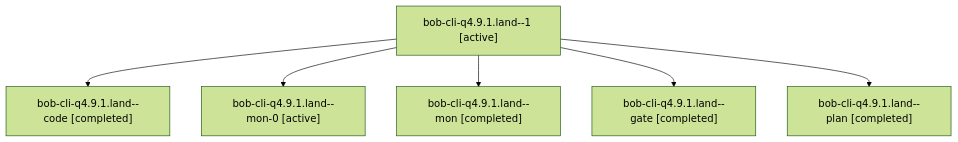
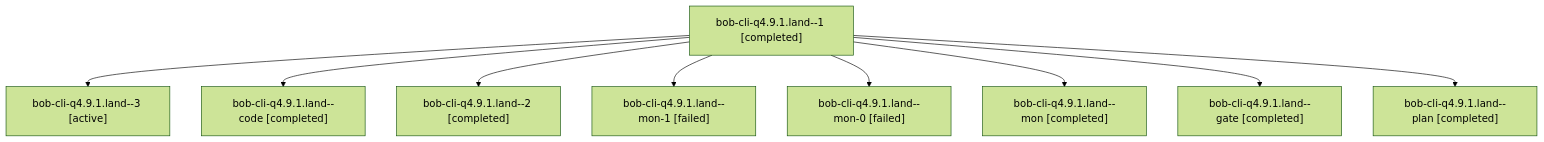
One commit to bobs-org/bob-cli--agents changed the diagram in sessions/bbugyi200.athena.bob-cli-q4.9.1.land.md. Above: the diagram before and after it, drawn with Mermaid (forest theme). The commit also changed other lines of this file and 144 other files, not shown here.

````diff
--- a/sessions/bbugyi200.athena.bob-cli-q4.9.1.land.md
+++ b/sessions/bbugyi200.athena.bob-cli-q4.9.1.land.md
@@ -9,14 +9,20 @@
 ```mermaid
 flowchart TD
-  n0["bob-cli-q4.9.1.land--1 [active]"]
-  n1["bob-cli-q4.9.1.land--code [completed]"]
+  n0["bob-cli-q4.9.1.land--1 [completed]"]
+  n1["bob-cli-q4.9.1.land--3 [active]"]
   n0 --> n1
-  n2["bob-cli-q4.9.1.land--mon-0 [active]"]
+  n2["bob-cli-q4.9.1.land--code [completed]"]
   n0 --> n2
-  n3["bob-cli-q4.9.1.land--mon [completed]"]
+  n3["bob-cli-q4.9.1.land--2 [completed]"]
   n0 --> n3
-  n4["bob-cli-q4.9.1.land--gate [completed]"]
+  n4["bob-cli-q4.9.1.land--mon-1 [failed]"]
   n0 --> n4
-  n5["bob-cli-q4.9.1.land--plan [completed]"]
+  n5["bob-cli-q4.9.1.land--mon-0 [failed]"]
   n0 --> n5
+  n6["bob-cli-q4.9.1.land--mon [completed]"]
+  n0 --> n6
+  n7["bob-cli-q4.9.1.land--gate [completed]"]
+  n0 --> n7
+  n8["bob-cli-q4.9.1.land--plan [completed]"]
+  n0 --> n8
 ```
````
